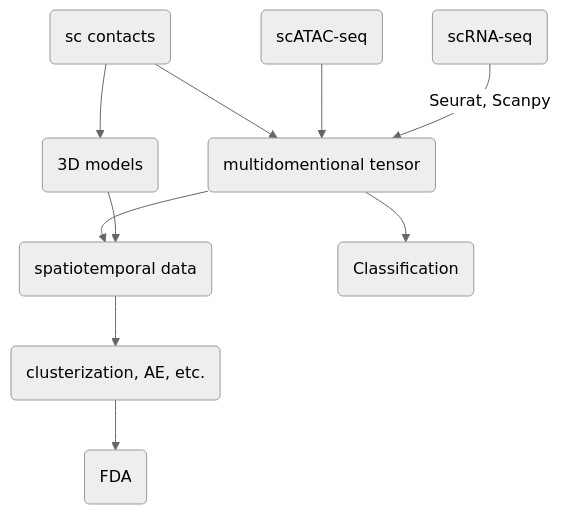
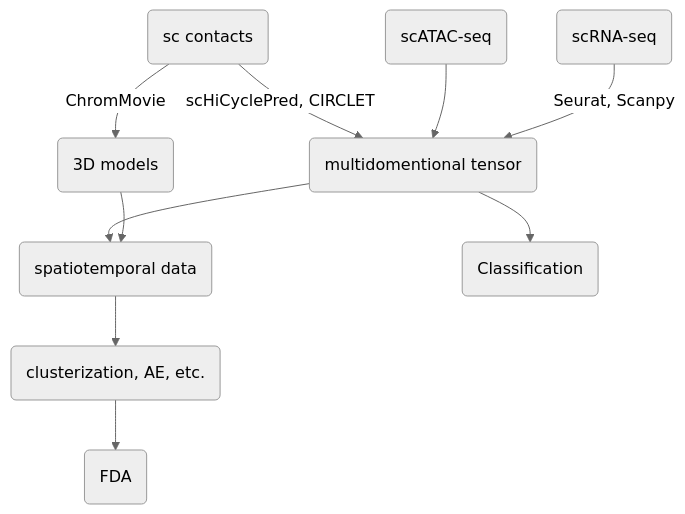
Before and after one commit to SFGLab/Team8_PhaseSpecific_Chromatin_Changes: the diagram in README.md, drawn with Mermaid (neutral theme).

````diff
--- a/README.md
+++ b/README.md
@@ -3,12 +3,12 @@
 ```mermaid
 graph TD;
     RNA(scRNA-seq)-->|Seurat, Scanpy|T(multidomentional tensor);
     ATAC(scATAC-seq)-->T;
-    HiC(sc contacts)-->T;
-    HiC(sc contacts)-->3D(3D models);
+    HiC(sc contacts)-->|scHiCyclePred, CIRCLET|T;
+    HiC(sc contacts)-->|ChromMovie|3D(3D models);
     3D-->STdata(spatiotemporal data);
     T-->STdata;
     T-->classification(Classification);
     STdata-->Cluster(clusterization, AE, etc.);
     Cluster-->FDA(FDA);
 ```
````
